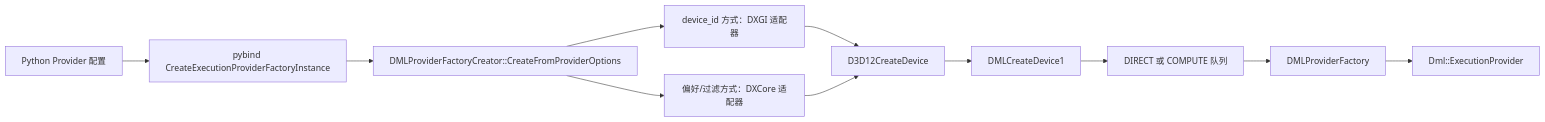
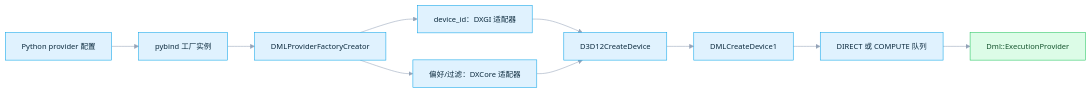
One commit to DakeQQ/Tutorial-ONNX-Runtime-Execution-Providers changed the sixth of 12 diagrams in DirectML/README.zh-CN.md. Above: the diagram before and after it, drawn with Mermaid. The commit also changed other lines of this file and 15 other files, not shown here.

````diff
--- a/DirectML/README.zh-CN.md
+++ b/DirectML/README.zh-CN.md
@@ -345,13 +363,17 @@
 ```mermaid
+%%{init: {"theme":"base","themeVariables":{"fontSize":"14px","lineColor":"#94a3b8","edgeLabelBackground":"#e2e8f0","primaryTextColor":"#1e293b"}}}%%
 flowchart LR
-    PY["Python Provider 配置"] --> PB["pybind CreateExecutionProviderFactoryInstance"]
-    PB --> PARSE["DMLProviderFactoryCreator::CreateFromProviderOptions"]
-    PARSE --> DXGI["device_id 方式：DXGI 适配器"]
-    PARSE --> DXCORE["偏好/过滤方式：DXCore 适配器"]
+    PY["Python provider 配置"] --> PB["pybind 工厂实例"]
+    PB --> PARSE["DMLProviderFactoryCreator"]
+    PARSE --> DXGI["device_id：DXGI 适配器"]
+    PARSE --> DXCORE["偏好/过滤：DXCore 适配器"]
     DXGI --> D3D["D3D12CreateDevice"]
     DXCORE --> D3D
     D3D --> DEV["DMLCreateDevice1"]
     DEV --> QUEUE["DIRECT 或 COMPUTE 队列"]
-    QUEUE --> FACTORY["DMLProviderFactory"]
-    FACTORY --> EP["Dml::ExecutionProvider"]
+    QUEUE --> EP["Dml::ExecutionProvider"]
+    classDef step fill:#e0f2fe,stroke:#0ea5e9,color:#0c2a3d;
+    classDef good fill:#dcfce7,stroke:#22c55e,color:#14532d;
+    class PY,PB,PARSE,DXGI,DXCORE,D3D,DEV,QUEUE step;
+    class EP good;
 ```
````
